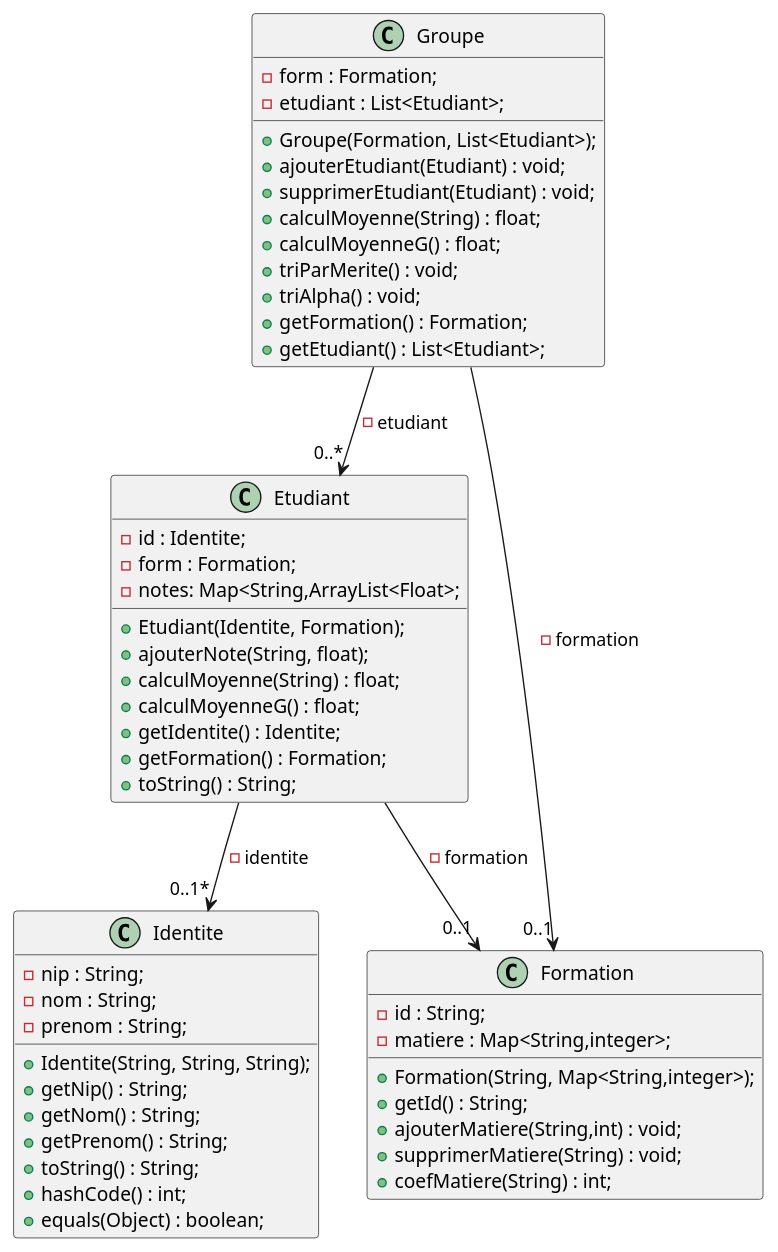
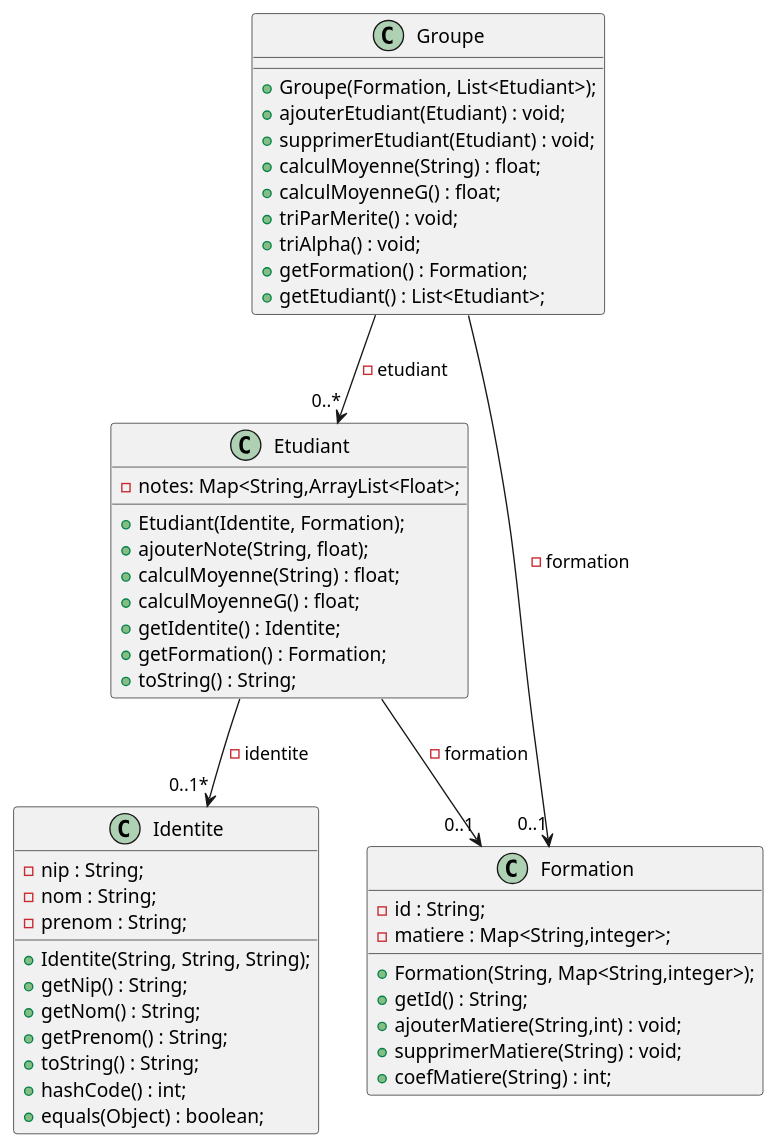
Before and after one commit to Wass54/Ex3-CPOA-ElBakhtaoui-Karakaya: the diagram in DiagClasse.puml, drawn with PlantUML.

Commit message:
Ajout du diagramme de classe fini

```diff
--- a/DiagClasse.puml
+++ b/DiagClasse.puml
@@ -1,76 +1,71 @@
 @startuml
 
 '''classes 
 
 class Identite{
 
     - nip : String;
     - nom : String;
     - prenom : String;
 
     + Identite(String, String, String);
     + getNip() : String;
     + getNom() : String;
     + getPrenom() : String;
     + toString() : String;
     + hashCode() : int;
     + equals(Object) : boolean;
 
 }
 
 class Etudiant{
 
-    - id : Identite;
-    - form : Formation;
     - notes: Map<String,ArrayList<Float>;
 
     + Etudiant(Identite, Formation);
     + ajouterNote(String, float);
     + calculMoyenne(String) : float;
     + calculMoyenneG() : float;
     + getIdentite() : Identite;
     + getFormation() : Formation;
     + toString() : String;
 
 
 }
 
 class Formation{
 
     - id : String;
     - matiere : Map<String,integer>;
     
     + Formation(String, Map<String,integer>);
     + getId() : String;
     + ajouterMatiere(String,int) : void;
     + supprimerMatiere(String) : void;
     + coefMatiere(String) : int;
 
 }
 
 class Groupe{
 
-    - form : Formation;
-    - etudiant : List<Etudiant>;
-
     + Groupe(Formation, List<Etudiant>);
     + ajouterEtudiant(Etudiant) : void;
     + supprimerEtudiant(Etudiant) : void;
     + calculMoyenne(String) : float;
     + calculMoyenneG() : float;
     + triParMerite() : void;
     + triAlpha() : void;
     + getFormation() : Formation;
     + getEtudiant() : List<Etudiant>;
 }
 
 '''liaisons
 Etudiant  --> "0..1*" Identite : -identite
 Etudiant  --> "0..1" Formation : -formation
 Groupe  --> "0..*" Etudiant : -etudiant
 Groupe  --> "0..1" Formation : -formation
 
 
 
 
 @enduml
```
